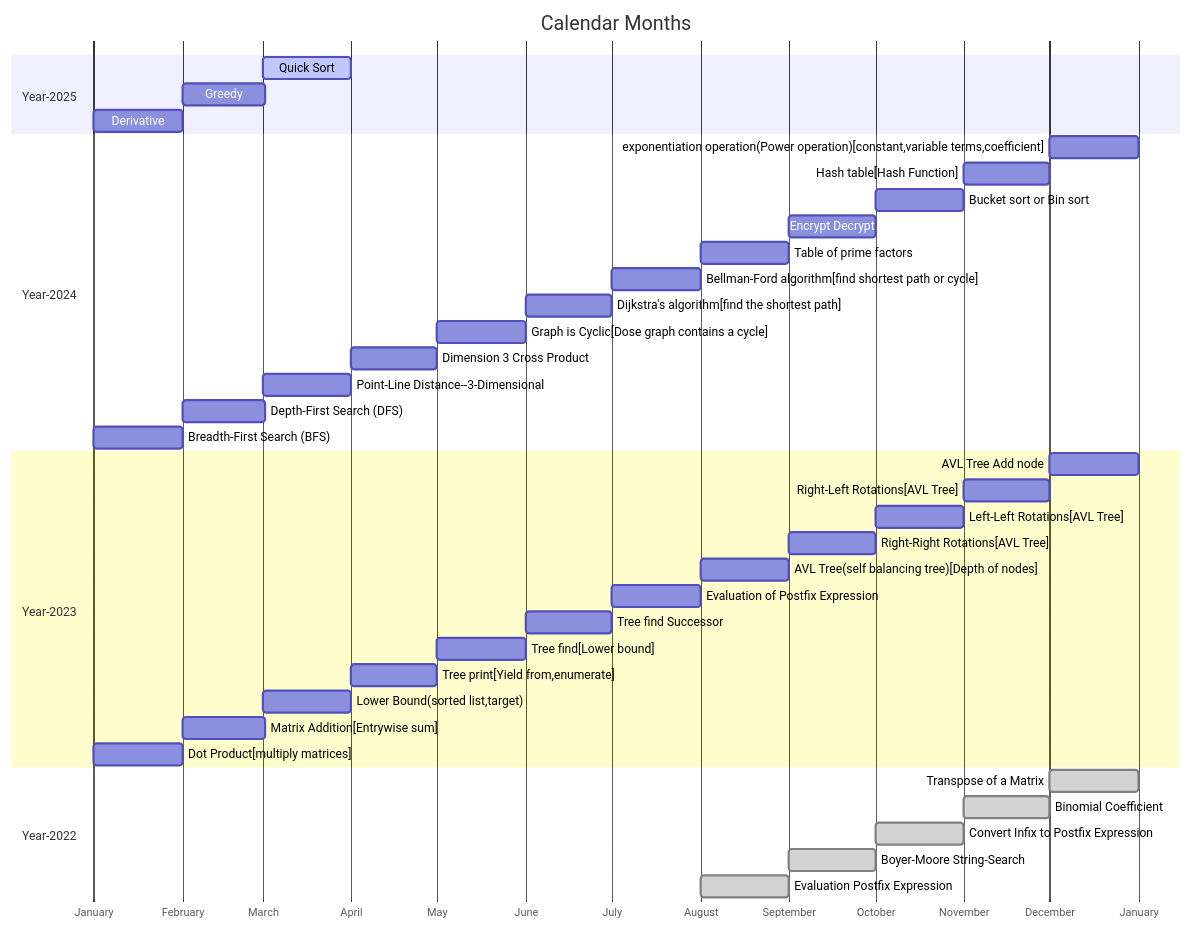
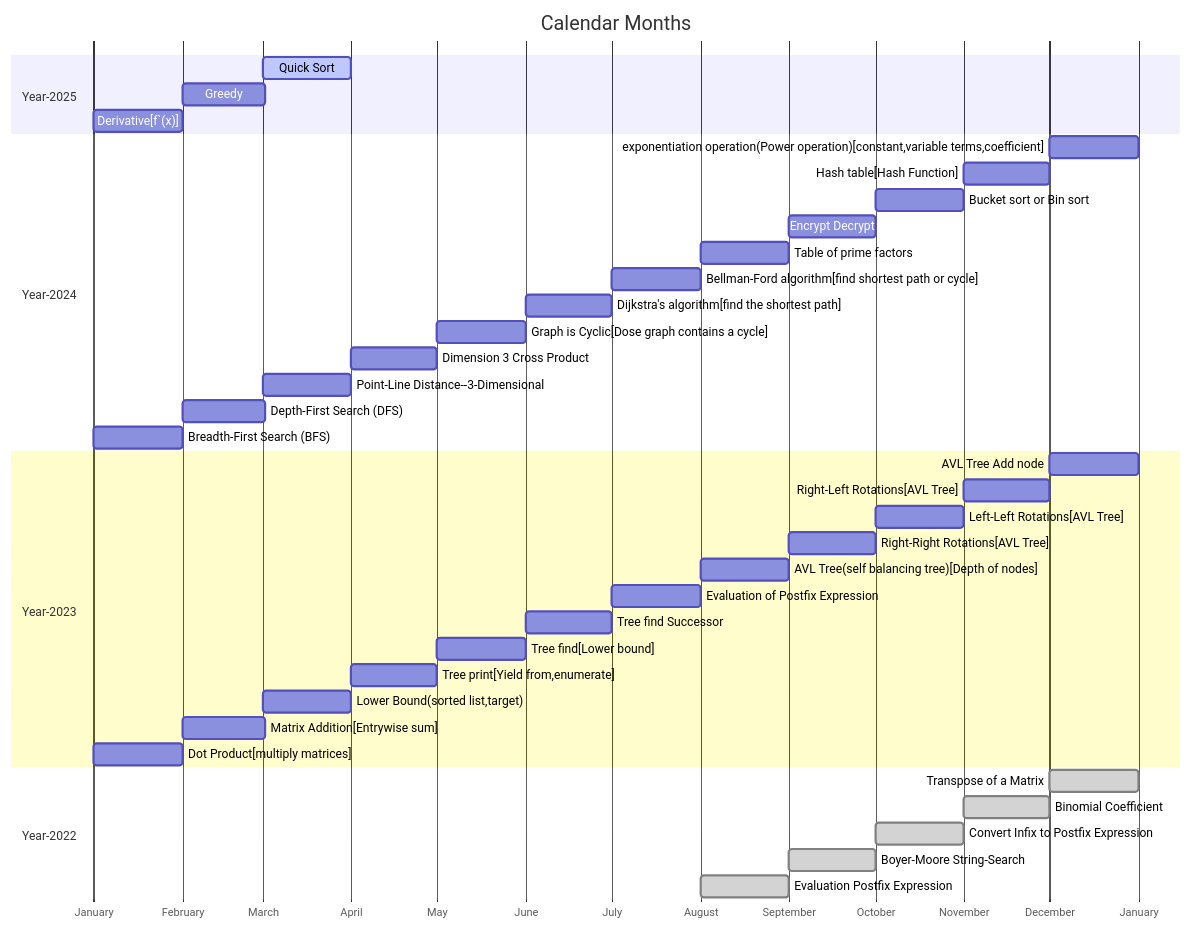
One commit to softtiny/docs.calendar changed the diagram in src/calendar.md. Above: the diagram before and after it, drawn with Mermaid. The commit also changed 2 other files, not shown here.

````diff
--- a/src/calendar.md
+++ b/src/calendar.md
@@ -2,43 +2,43 @@
 ```mermaid
 
 gantt
     title Calendar Months
     dateFormat MM-DD
     axisFormat %B
     section Year-2025
         Quick Sort      :active, 03-01, 31d
         Greedy          :02-01, 29d
-        Derivative          :01-01, 31d
+        Derivative[f`(x)]          :01-01, 31d
     section Year-2024
         exponentiation operation(Power operation)[constant,variable terms,coefficient]  :12-01, 31d
         Hash table[Hash Function]  :11-01, 30d
         Bucket sort or Bin sort  :10-01, 31d
         Encrypt Decrypt  :09-01, 30d
         Table of prime factors  :08-01, 31d
         Bellman-Ford algorithm[find shortest path or cycle] :07-01, 31d
         Dijkstra's algorithm[find the shortest path] :06-01, 30d
         Graph is Cyclic[Dose graph contains a cycle]  :05-01, 31d
         Dimension 3 Cross Product  :04-01, 30d
         Point-Line Distance--3-Dimensional  :03-01, 31d
         Depth-First Search (DFS)          :02-01, 29d
         Breadth-First Search (BFS)          :01-01, 31d
     section Year-2023
         AVL Tree Add node :12-01, 31d
         Right-Left Rotations[AVL Tree] :11-01, 30d
         Left-Left Rotations[AVL Tree] :10-01, 31d
         Right-Right Rotations[AVL Tree] :09-01, 30d
         AVL Tree(self balancing tree)[Depth of nodes] :08-01, 31d
         Evaluation of Postfix Expression :07-01, 31d
         Tree find Successor :06-01, 30d
         Tree find[Lower bound] :05-01, 31d
         Tree print[Yield from,enumerate] :04-01, 30d
         Lower Bound(sorted list,target) :03-01, 31d
         Matrix Addition[Entrywise sum] :02-01, 29d
         Dot Product[multiply matrices] :01-01, 31d
     section Year-2022
         Transpose of a Matrix :done, 12-01, 31d
         Binomial Coefficient :done, 11-01, 30d
         Convert Infix to Postfix Expression :done, 10-01, 31d
         Boyer-Moore String-Search :done, 09-01, 30d
         Evaluation Postfix Expression :done, 08-01, 31d
 ```
````
